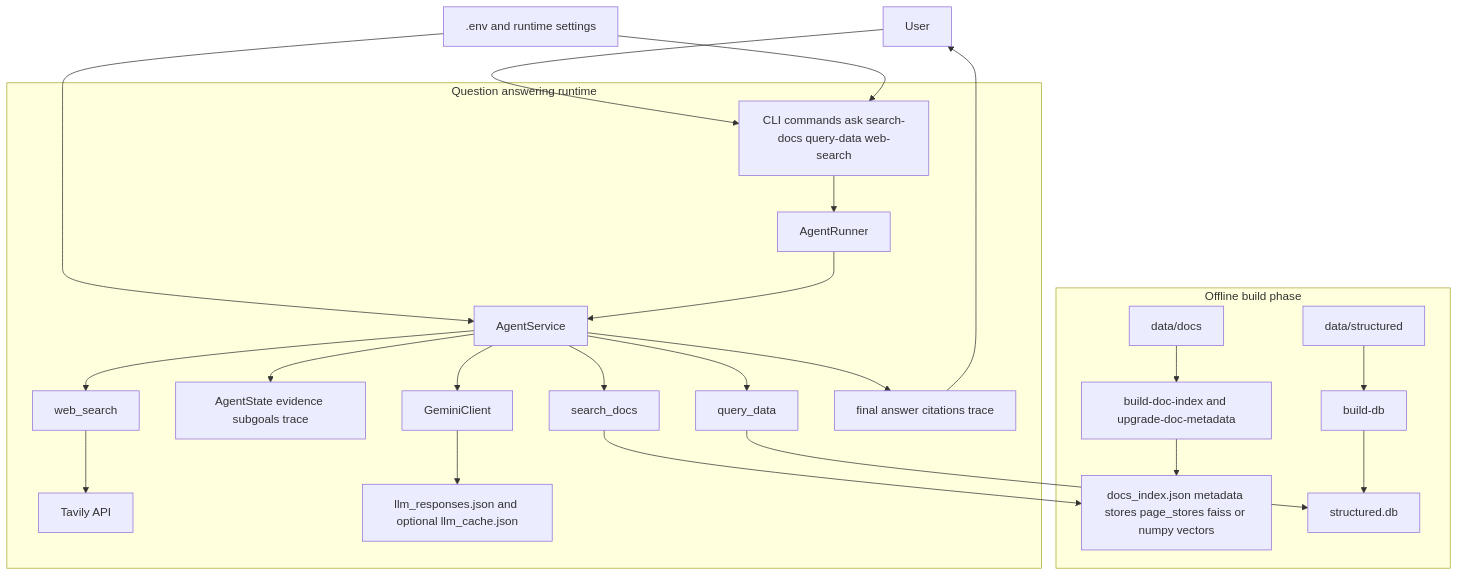
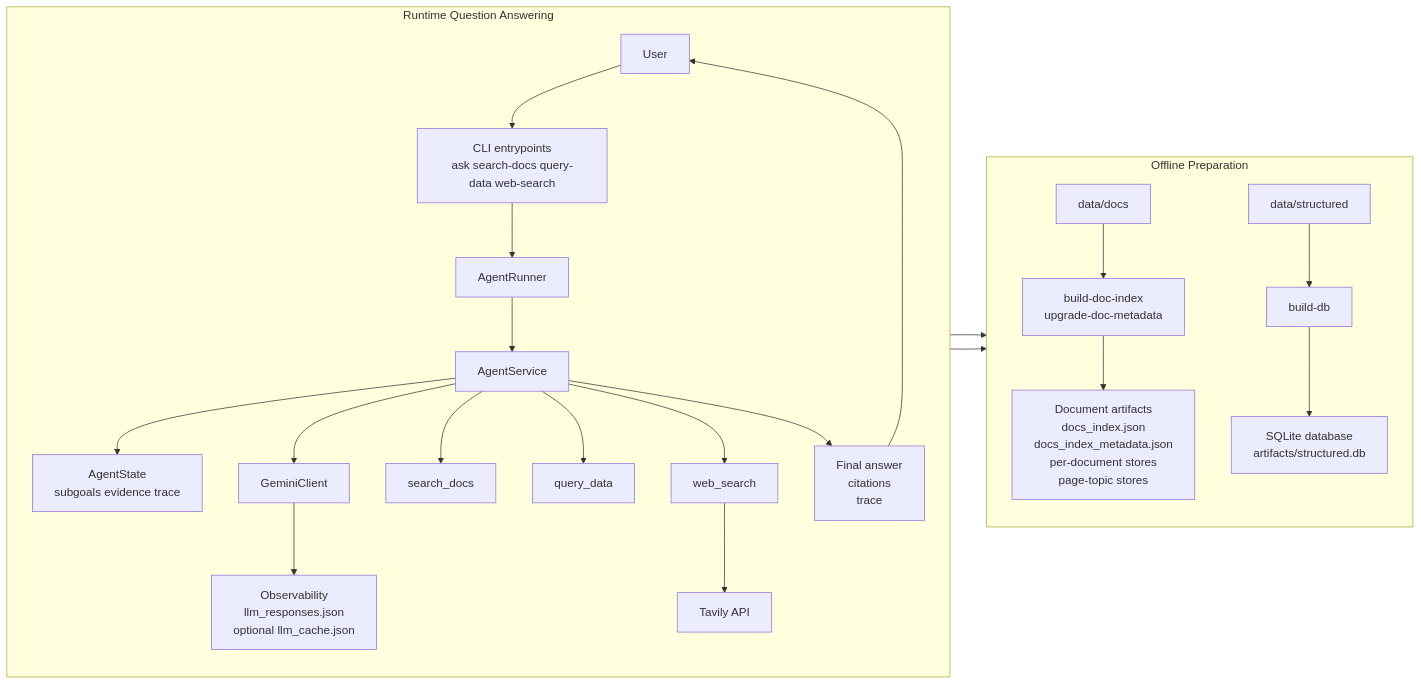
Before and after one commit to Umashankar86/prodapt-ver2: the first of 2 diagrams in docs/ARCHITECTURE.md, drawn with Mermaid. The commit also changed other lines of this file, not shown here.

Commit message:
Refine design and architecture docs

````diff
--- a/docs/ARCHITECTURE.md
+++ b/docs/ARCHITECTURE.md
@@ -7,54 +10,43 @@
 ```mermaid
-flowchart TD
-    User[User]
-    Settings[.env and runtime settings]
-
-    subgraph BuildPhase[Offline build phase]
+flowchart LR
+    subgraph Prep[Offline Preparation]
+        direction TB
         DocsInput[data/docs]
         StructuredInput[data/structured]
-        BuildDocs[build-doc-index and upgrade-doc-metadata]
+        BuildDocs[build-doc-index<br/>upgrade-doc-metadata]
         BuildDb[build-db]
-        DocArtifacts[docs_index.json metadata stores page_stores faiss or numpy vectors]
-        DbArtifact[structured.db]
+        DocArtifacts[Document artifacts<br/>docs_index.json<br/>docs_index_metadata.json<br/>per-document stores<br/>page-topic stores]
+        DbArtifact[SQLite database<br/>artifacts/structured.db]
+
+        DocsInput --> BuildDocs --> DocArtifacts
+        StructuredInput --> BuildDb --> DbArtifact
     end
 
-    subgraph RuntimePhase[Question answering runtime]
-        CLI[CLI commands ask search-docs query-data web-search]
+    subgraph Runtime[Runtime Question Answering]
+        direction TB
+        User[User]
+        CLI[CLI entrypoints<br/>ask search-docs query-data web-search]
         Runner[AgentRunner]
         Service[AgentService]
+        State[AgentState<br/>subgoals evidence trace]
         LLM[GeminiClient]
-        State[AgentState evidence subgoals trace]
         SearchDocs[search_docs]
         QueryData[query_data]
         WebSearch[web_search]
         Tavily[Tavily API]
-        Logs[llm_responses.json and optional llm_cache.json]
-        Result[final answer citations trace]
+        Logs[Observability<br/>llm_responses.json<br/>optional llm_cache.json]
+        Output[Final answer<br/>citations<br/>trace]
+
+        User --> CLI --> Runner --> Service
+        Service --> State
+        Service --> LLM --> Logs
+        Service --> SearchDocs
+        Service --> QueryData
+        Service --> WebSearch
+        WebSearch --> Tavily
+        Service --> Output --> User
     end
-
-    DocsInput --> BuildDocs
-    BuildDocs --> DocArtifacts
-    StructuredInput --> BuildDb
-    BuildDb --> DbArtifact
-
-    User --> CLI
-    Settings --> CLI
-    Settings --> Service
-    CLI --> Runner
-    Runner --> Service
-
-    Service --> LLM
-    Service --> State
-    LLM --> Logs
-
-    Service --> SearchDocs
-    Service --> QueryData
-    Service --> WebSearch
 
     SearchDocs --> DocArtifacts
     QueryData --> DbArtifact
-    WebSearch --> Tavily
-
-    Service --> Result
-    Result --> User
 ```
````
